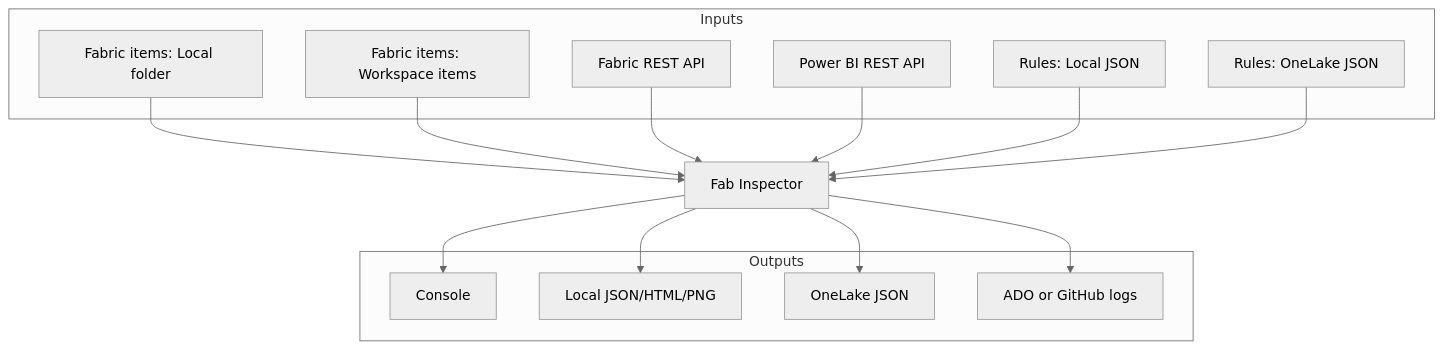
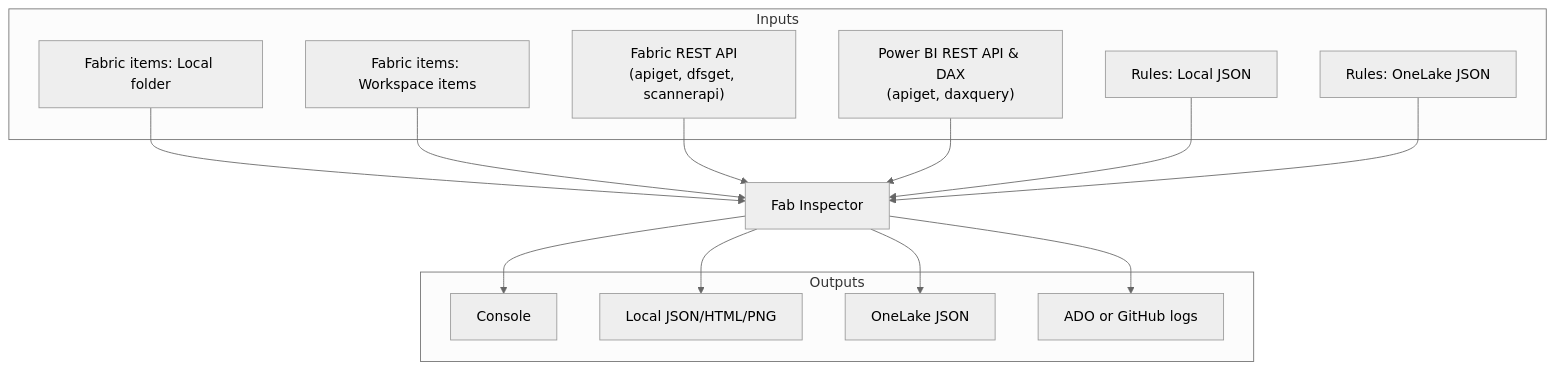
Before and after one commit to NatVanG/fab-inspector: the fifth of 5 diagrams in README.md, drawn with Mermaid (neutral theme). The commit also changed other lines of this file and 2 other files, not shown here.

````diff
--- a/README.md
+++ b/README.md
@@ -89,31 +123,31 @@
 ```mermaid
 flowchart TB
     subgraph Inputs
       A1[Fabric items: Local folder]
       A2[Fabric items: Workspace items]
-      A3[Fabric REST API]
-      A4[Power BI REST API]
+      A3["Fabric REST API\n(apiget, dfsget, scannerapi)"]
+      A4["Power BI REST API & DAX\n(apiget, daxquery)"]
       B1[Rules: Local JSON]
       B2[Rules: OneLake JSON]
     end
 
     C[Fab Inspector]
 
     subgraph Outputs
       D1[Console]
       D2[Local JSON/HTML/PNG]
       D3[OneLake JSON]
       D4[ADO or GitHub logs]
     end
 
     A1 --> C
     A2 --> C
     A3 --> C
     A4 --> C
     B1 --> C
     B2 --> C
     C --> D1
     C --> D2
     C --> D3
     C --> D4
 ```
````
